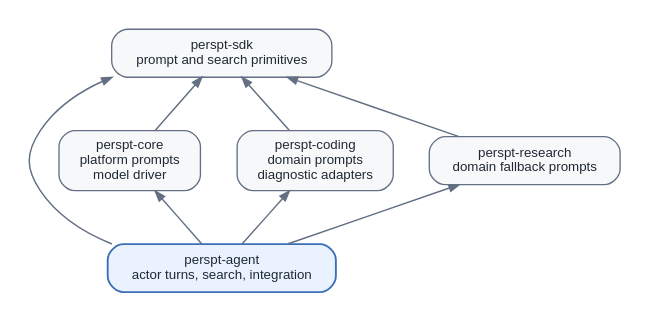
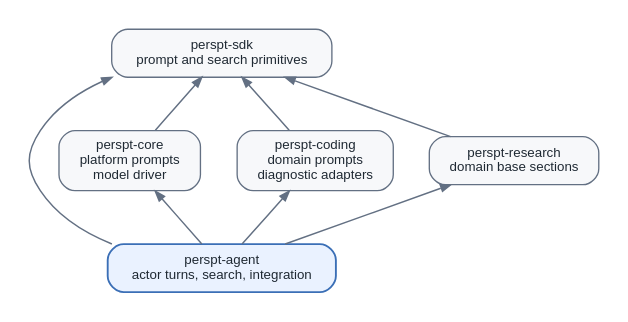
One commit to eonseed/perspt changed the first of 7 diagrams in docs/psps/source/psp-000010.rst. Above: the diagram before and after it, drawn with Graphviz. The commit also changed other lines of this file, not shown here.

Commit message:
docs(psps): rework PSP-10 prompt plane to typed sections, codegen, dialects, and budget fitting

```diff
--- a/docs/psps/source/psp-000010.rst
+++ b/docs/psps/source/psp-000010.rst
@@ -450,27 +484,27 @@
 .. graphviz::
    :caption: Ownership and dependency direction for PSP-10.
    :align: center
 
    digraph ownership {
        graph [rankdir=BT, bgcolor="#FFFFFF", pad="0.20",
               nodesep="0.38", ranksep="0.55", fontname="Helvetica"];
        node [shape=box, style="rounded,filled", fillcolor="#F7F8FA",
              color="#637083", fontcolor="#1F2933", fontname="Helvetica", fontsize=10,
              margin="0.14,0.09"];
        edge [color="#637083", fontcolor="#1F2933", arrowsize=0.75, penwidth=1.1];
 
        sdk [label="perspt-sdk\nprompt and search primitives"];
        core [label="perspt-core\nplatform prompts\nmodel driver"];
        coding [label="perspt-coding\ndomain prompts\ndiagnostic adapters"];
-       research [label="perspt-research\ndomain fallback prompts"];
+       research [label="perspt-research\ndomain base sections"];
        agent [label="perspt-agent\nactor turns, search, integration",
               fillcolor="#EAF2FF", color="#3B6FB6", penwidth=1.4];
 
        core -> sdk;
        coding -> sdk;
        research -> sdk;
        agent -> core;
        agent -> coding;
        agent -> research;
        agent -> sdk;
    }
```
